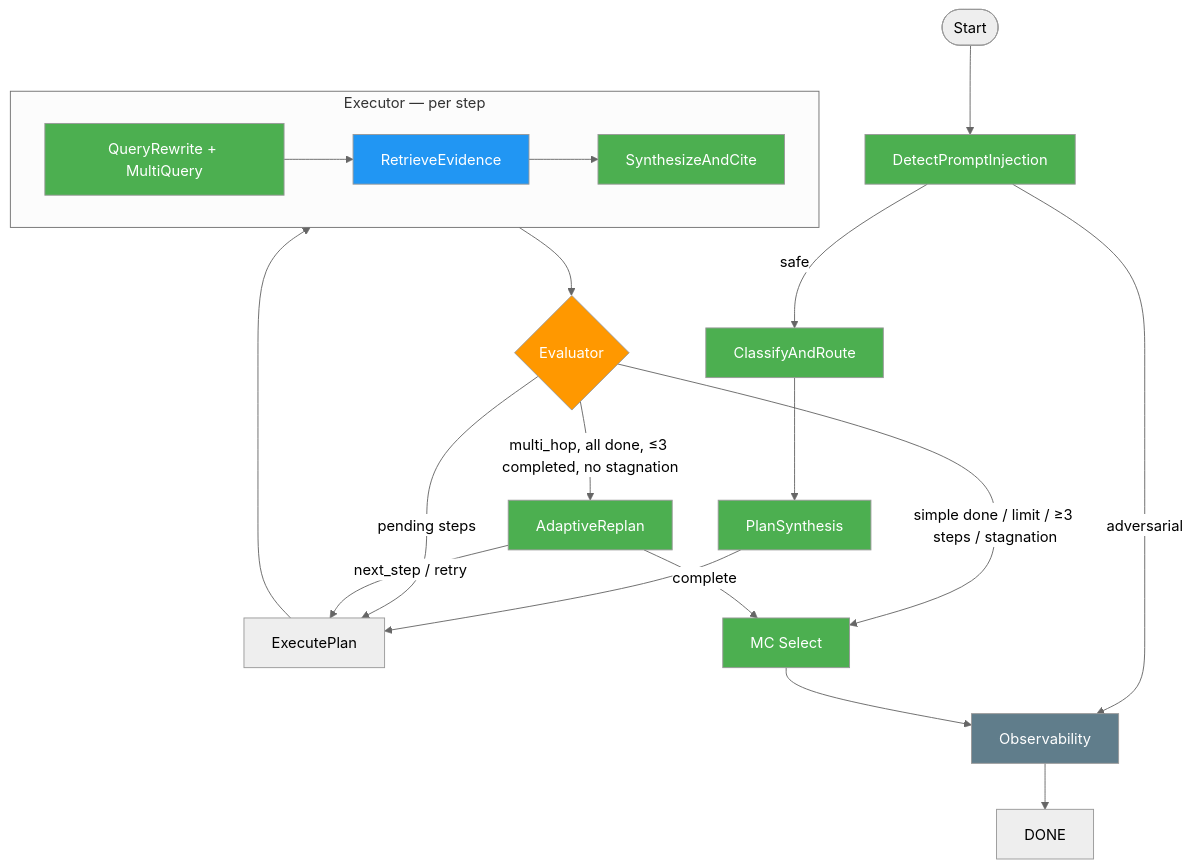
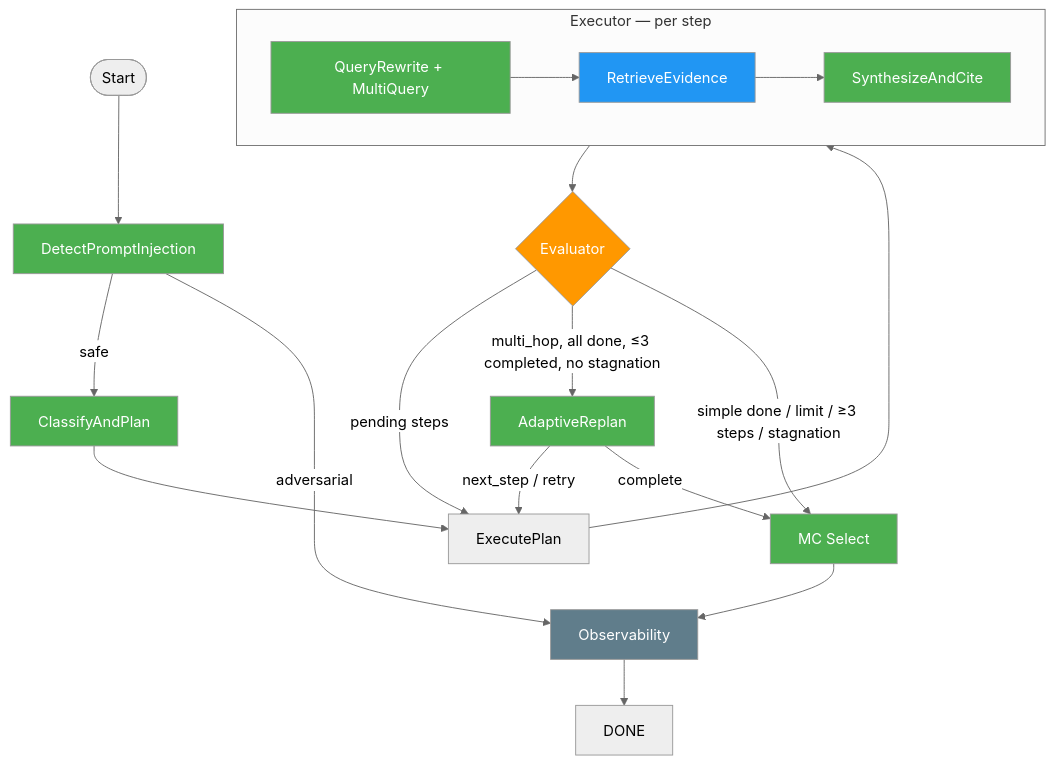
One commit to 1hamzaiqbal/LegalRagAgent changed the diagram in docs/ARCHITECTURE.md. Above: the diagram before and after it, drawn with Mermaid (neutral theme). The commit also changed other lines of this file and 7 other files, not shown here.

First line of the commit message:
merge classifier + planner into single classify_and_plan node

````diff
--- a/docs/ARCHITECTURE.md
+++ b/docs/ARCHITECTURE.md
@@ -11,34 +11,32 @@
 ```mermaid
 flowchart TD
     START([Start]) --> DPI[DetectPromptInjection]
-    DPI -->|safe| CLASSIFY[ClassifyAndRoute]
+    DPI -->|safe| CP[ClassifyAndPlan]
     DPI -->|adversarial| OBS
-    CLASSIFY --> PLAN[PlanSynthesis]
-    PLAN --> EXEC[ExecutePlan]
+    CP --> EXEC[ExecutePlan]
 
     subgraph EXEC_SUB [Executor — per step]
         QR[QueryRewrite + MultiQuery] --> RET[RetrieveEvidence]
         RET --> SC[SynthesizeAndCite]
     end
 
     EXEC --> EXEC_SUB
     EXEC_SUB --> EVAL{Evaluator}
     EVAL -->|pending steps| EXEC
     EVAL -->|multi_hop, all done, ≤3 completed, no stagnation| REPLAN[AdaptiveReplan]
     EVAL -->|simple done / limit / ≥3 steps / stagnation| VA[MC Select]
     REPLAN -->|next_step / retry| EXEC
     REPLAN -->|complete| VA
     VA --> OBS[Observability]
     OBS --> DONE
 
     style DPI fill:#4CAF50,color:#fff
-    style CLASSIFY fill:#4CAF50,color:#fff
-    style PLAN fill:#4CAF50,color:#fff
+    style CP fill:#4CAF50,color:#fff
     style QR fill:#4CAF50,color:#fff
     style SC fill:#4CAF50,color:#fff
     style REPLAN fill:#4CAF50,color:#fff
     style VA fill:#4CAF50,color:#fff
     style RET fill:#2196F3,color:#fff
     style EVAL fill:#FF9800,color:#fff
     style OBS fill:#607D8B,color:#fff
 ```
````
